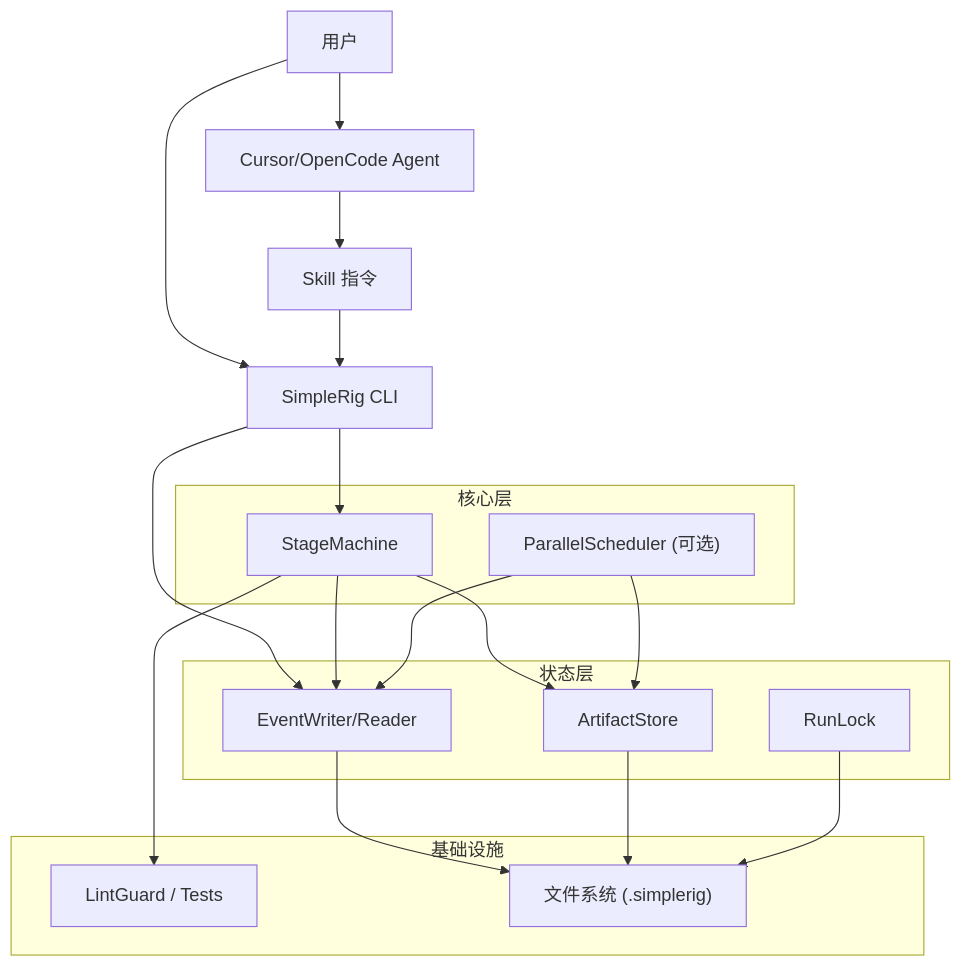
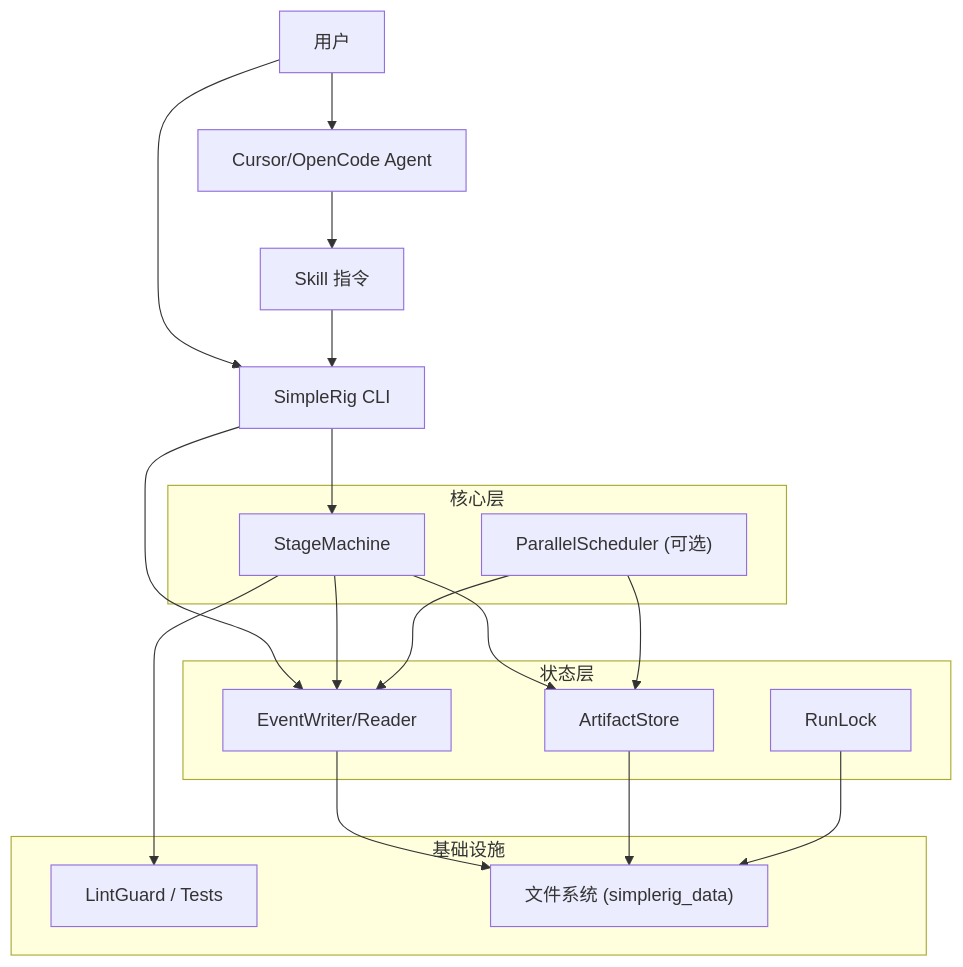
The diagram in docs/architecture.md (chaoshou-coder/simplerig), drawn with Mermaid before and after one commit. The commit also changed other lines of this file and 5 other files, not shown here.

````diff
--- a/docs/architecture.md
+++ b/docs/architecture.md
@@ -17,34 +17,34 @@
 ```mermaid
 graph TD
     User["用户"] --> Agent["Cursor/OpenCode Agent"]
     User --> CLI["SimpleRig CLI"]
     Agent --> Skill["Skill 指令"]
     Skill --> CLI
 
     subgraph Core [核心层]
         StageMachine["StageMachine"]
         Scheduler["ParallelScheduler (可选)"]
     end
 
     subgraph State [状态层]
         EventManager["EventWriter/Reader"]
         ArtifactStore["ArtifactStore"]
         LockManager["RunLock"]
     end
 
     subgraph Infrastructure [基础设施]
         Tools["LintGuard / Tests"]
-        FS["文件系统 (.simplerig)"]
+        FS["文件系统 (simplerig_data)"]
     end
 
     CLI --> StageMachine
     CLI --> EventManager
     StageMachine --> EventManager
     StageMachine --> ArtifactStore
     StageMachine --> Tools
     Scheduler --> EventManager
     Scheduler --> ArtifactStore
     EventManager --> FS
     ArtifactStore --> FS
     LockManager --> FS
 ```
````
